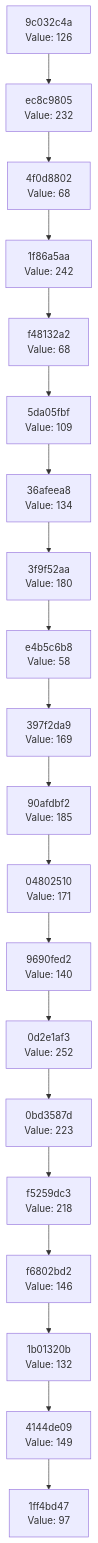
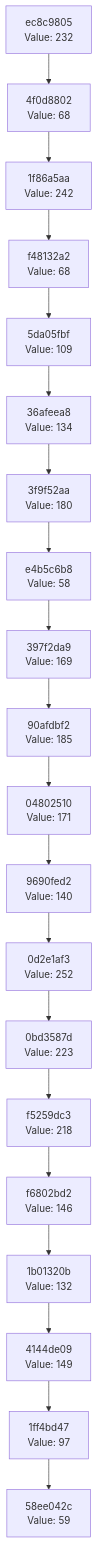
Before and after one commit to Abhisheksinha1506/hash-chain-evolver: the diagram in docs/CHAIN_VISUALIZATION.md, drawn with Mermaid. The commit also changed 1 other file, not shown here.

Commit message:
Evolution Step

````diff
--- a/docs/CHAIN_VISUALIZATION.md
+++ b/docs/CHAIN_VISUALIZATION.md
@@ -3,42 +3,42 @@
 ```mermaid
 graph TD
-    C0["1ff4bd47<br/>Value: 97"]
-    C1["4144de09<br/>Value: 149"]
+    C0["58ee042c<br/>Value: 59"]
+    C1["1ff4bd47<br/>Value: 97"]
     C1 --> C0
-    C2["1b01320b<br/>Value: 132"]
+    C2["4144de09<br/>Value: 149"]
     C2 --> C1
-    C3["f6802bd2<br/>Value: 146"]
+    C3["1b01320b<br/>Value: 132"]
     C3 --> C2
-    C4["f5259dc3<br/>Value: 218"]
+    C4["f6802bd2<br/>Value: 146"]
     C4 --> C3
-    C5["0bd3587d<br/>Value: 223"]
+    C5["f5259dc3<br/>Value: 218"]
     C5 --> C4
-    C6["0d2e1af3<br/>Value: 252"]
+    C6["0bd3587d<br/>Value: 223"]
     C6 --> C5
-    C7["9690fed2<br/>Value: 140"]
+    C7["0d2e1af3<br/>Value: 252"]
     C7 --> C6
-    C8["04802510<br/>Value: 171"]
+    C8["9690fed2<br/>Value: 140"]
     C8 --> C7
-    C9["90afdbf2<br/>Value: 185"]
+    C9["04802510<br/>Value: 171"]
     C9 --> C8
-    C10["397f2da9<br/>Value: 169"]
+    C10["90afdbf2<br/>Value: 185"]
     C10 --> C9
-    C11["e4b5c6b8<br/>Value: 58"]
+    C11["397f2da9<br/>Value: 169"]
     C11 --> C10
-    C12["3f9f52aa<br/>Value: 180"]
+    C12["e4b5c6b8<br/>Value: 58"]
     C12 --> C11
-    C13["36afeea8<br/>Value: 134"]
+    C13["3f9f52aa<br/>Value: 180"]
     C13 --> C12
-    C14["5da05fbf<br/>Value: 109"]
+    C14["36afeea8<br/>Value: 134"]
     C14 --> C13
-    C15["f48132a2<br/>Value: 68"]
+    C15["5da05fbf<br/>Value: 109"]
     C15 --> C14
-    C16["1f86a5aa<br/>Value: 242"]
+    C16["f48132a2<br/>Value: 68"]
     C16 --> C15
-    C17["4f0d8802<br/>Value: 68"]
+    C17["1f86a5aa<br/>Value: 242"]
     C17 --> C16
-    C18["ec8c9805<br/>Value: 232"]
+    C18["4f0d8802<br/>Value: 68"]
     C18 --> C17
-    C19["9c032c4a<br/>Value: 126"]
+    C19["ec8c9805<br/>Value: 232"]
     C19 --> C18
 ```
````
